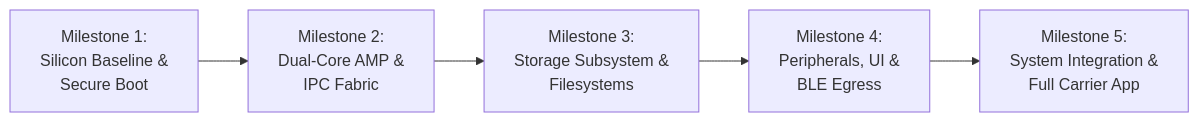
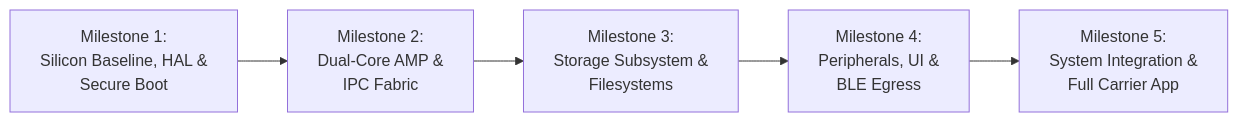
Before and after one commit to picklethecat1488-hue/firmware: the third of 3 diagrams in app/carrier_board.md, drawn with Mermaid. The commit also changed other lines of this file and 2 other files, not shown here.

First line of the commit message:
docs(carrier_board): include foundational Embassy HAL in Milestone 1 roadmap (CR-e7badb3a)

````diff
--- a/app/carrier_board.md
+++ b/app/carrier_board.md
@@ -864,7 +864,7 @@
 ```mermaid
 flowchart LR
-    M1["Milestone 1:<br/>Silicon Baseline &<br/>Secure Boot"] --> M2["Milestone 2:<br/>Dual-Core AMP &<br/>IPC Fabric"]
+    M1["Milestone 1:<br/>Silicon Baseline, HAL &<br/>Secure Boot"] --> M2["Milestone 2:<br/>Dual-Core AMP &<br/>IPC Fabric"]
     M2 --> M3["Milestone 3:<br/>Storage Subsystem &<br/>Filesystems"]
     M3 --> M4["Milestone 4:<br/>Peripherals, UI &<br/>BLE Egress"]
     M4 --> M5["Milestone 5:<br/>System Integration &<br/>Full Carrier App"]
 ```
````
